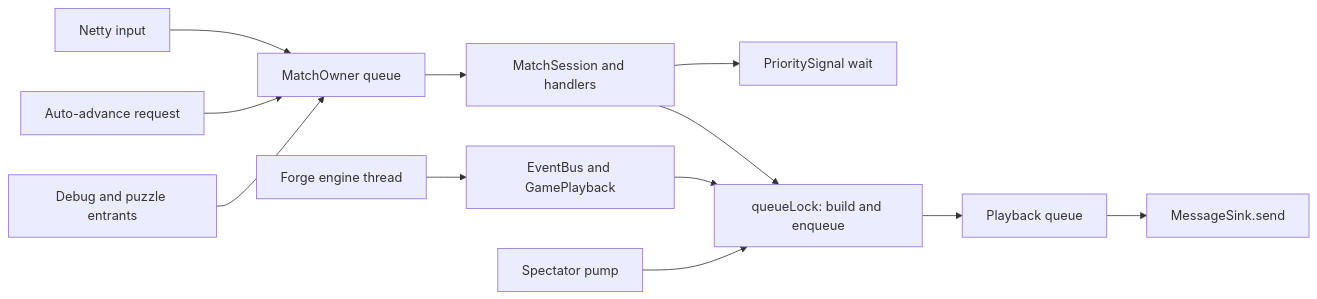
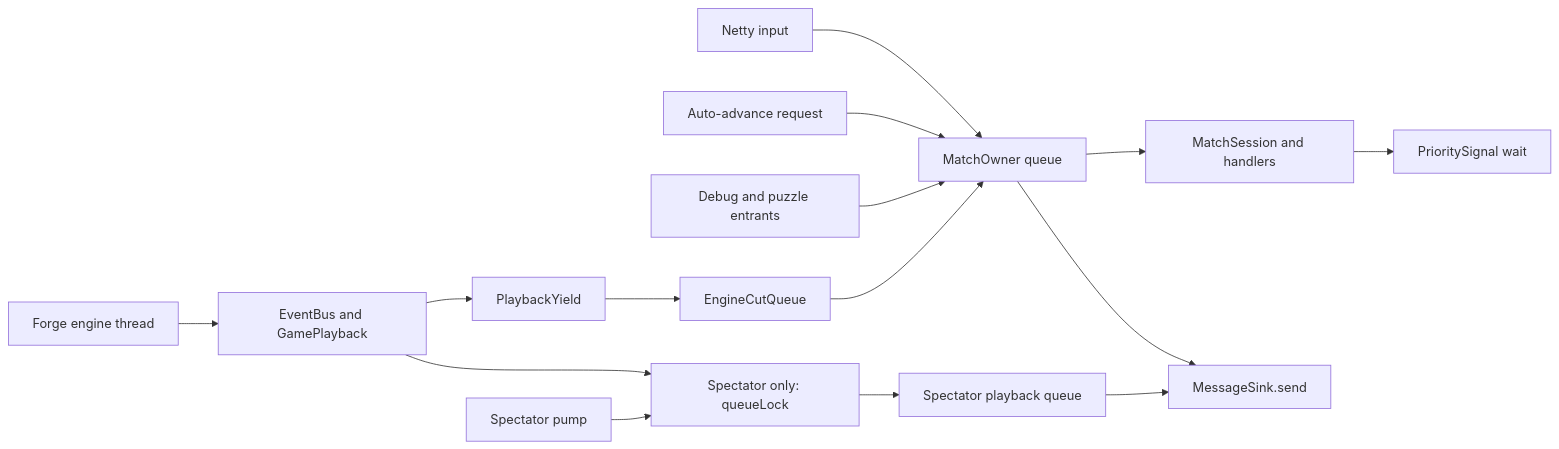
Before and after one commit to delebedev/leyline: the first of 2 diagrams in docs/bridge-threading.md, drawn with Mermaid. The commit also changed other lines of this file and 43 other files, not shown here.

Commit message:
refactor(engine): move playback compilation to match owner

````diff
--- a/docs/bridge-threading.md
+++ b/docs/bridge-threading.md
@@ -96,15 +107,19 @@
 ```mermaid
 flowchart LR
     N[Netty input] --> OWNER[MatchOwner queue]
     A[Auto-advance request] --> OWNER
     D[Debug and puzzle entrants] --> OWNER
     OWNER --> MS[MatchSession and handlers]
     MS --> WAIT[PrioritySignal wait]
 
     E[Forge engine thread] --> EVT[EventBus and GamePlayback]
-    EVT --> QL[queueLock: build and enqueue]
-    MS --> QL
-    SP[Spectator pump] --> QL
-    QL --> Q[Playback queue]
-    Q --> SEND[MessageSink.send]
+    EVT --> Y[PlaybackYield]
+    Y --> CUT[EngineCutQueue]
+    CUT --> OWNER
+    OWNER --> SEND[MessageSink.send]
+
+    EVT --> SQL["Spectator only: queueLock"]
+    SP[Spectator pump] --> SQL
+    SQL --> SQ[Spectator playback queue]
+    SQ --> SEND
 ```
````
